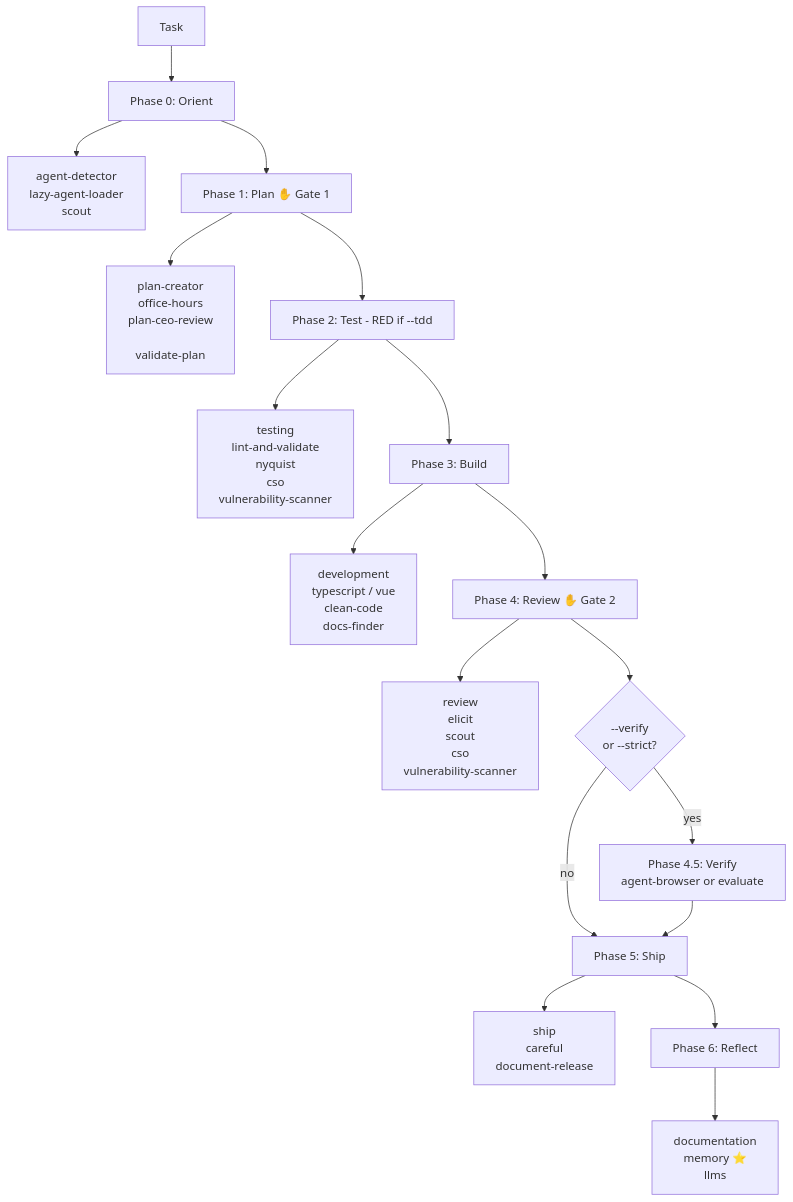
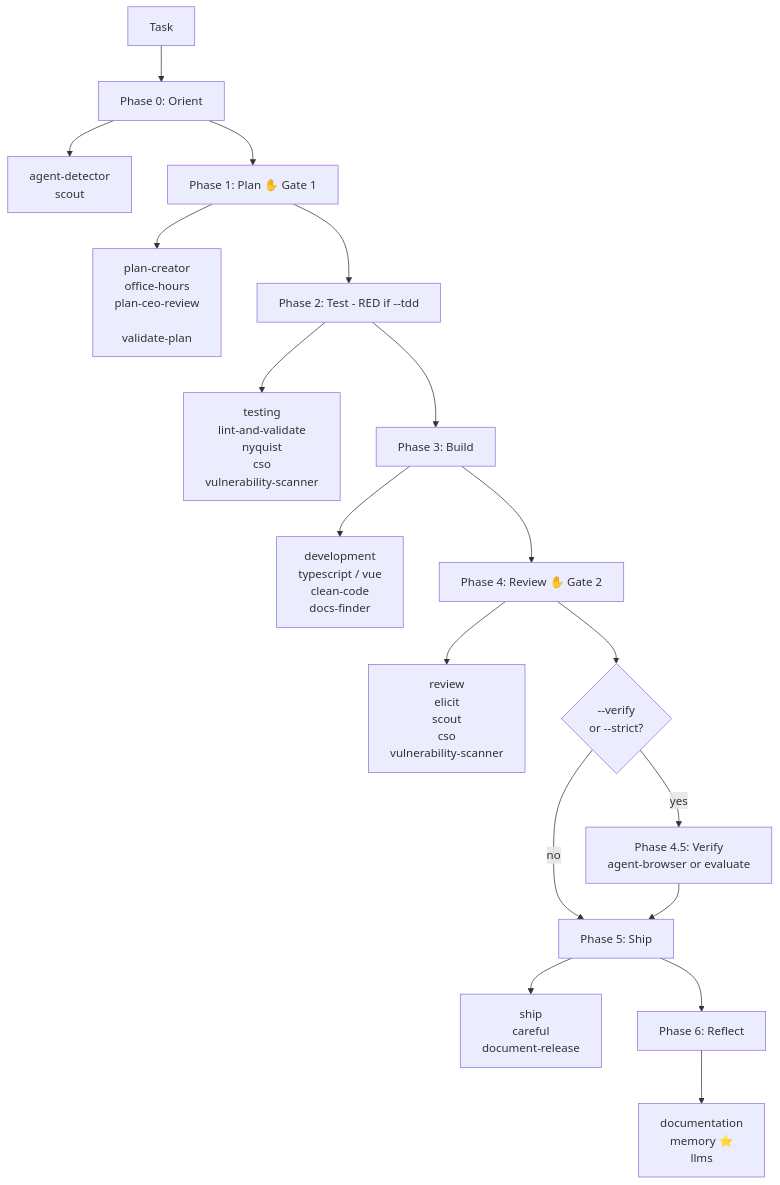
One commit to ngocsangyem/MeowKit changed the third of 4 diagrams in packages/docs/content/docs/guide/agent-skill-architecture.mdx. Above: the diagram before and after it, drawn with Mermaid. The commit also changed other lines of this file and 829 other files, not shown here.

````diff
--- a/packages/docs/content/docs/guide/agent-skill-architecture.mdx
+++ b/packages/docs/content/docs/guide/agent-skill-architecture.mdx
@@ -90,26 +90,26 @@
 ```mermaid
 flowchart TD
     T[Task] --> P0[Phase 0: Orient]
-    P0 --> S0[agent-detector\nlazy-agent-loader\nscout]
+    P0 --> S0[agent-detector\nscout]
 
     P0 --> P1[Phase 1: Plan ✋ Gate 1]
     P1 --> S1[plan-creator\noffice-hours\nplan-ceo-review\n\nvalidate-plan]
 
     P1 --> P2[Phase 2: Test - RED if --tdd]
     P2 --> S2[testing\nlint-and-validate\nnyquist\ncso\nvulnerability-scanner]
 
     P2 --> P3[Phase 3: Build]
     P3 --> S3[development\ntypescript / vue\nclean-code\ndocs-finder]
 
     P3 --> P4[Phase 4: Review ✋ Gate 2]
     P4 --> S4[review\nelicit\nscout\ncso\nvulnerability-scanner]
 
     P4 --> P45{--verify\nor --strict?}
     P45 -->|yes| V45[Phase 4.5: Verify\nagent-browser or evaluate]
     P45 -->|no| P5[Phase 5: Ship]
     V45 --> P5
     P5 --> S5[ship\ncareful\ndocument-release]
 
     P5 --> P6[Phase 6: Reflect]
     P6 --> S6[documentation\nmemory ⭐\nllms]
 ```
````
